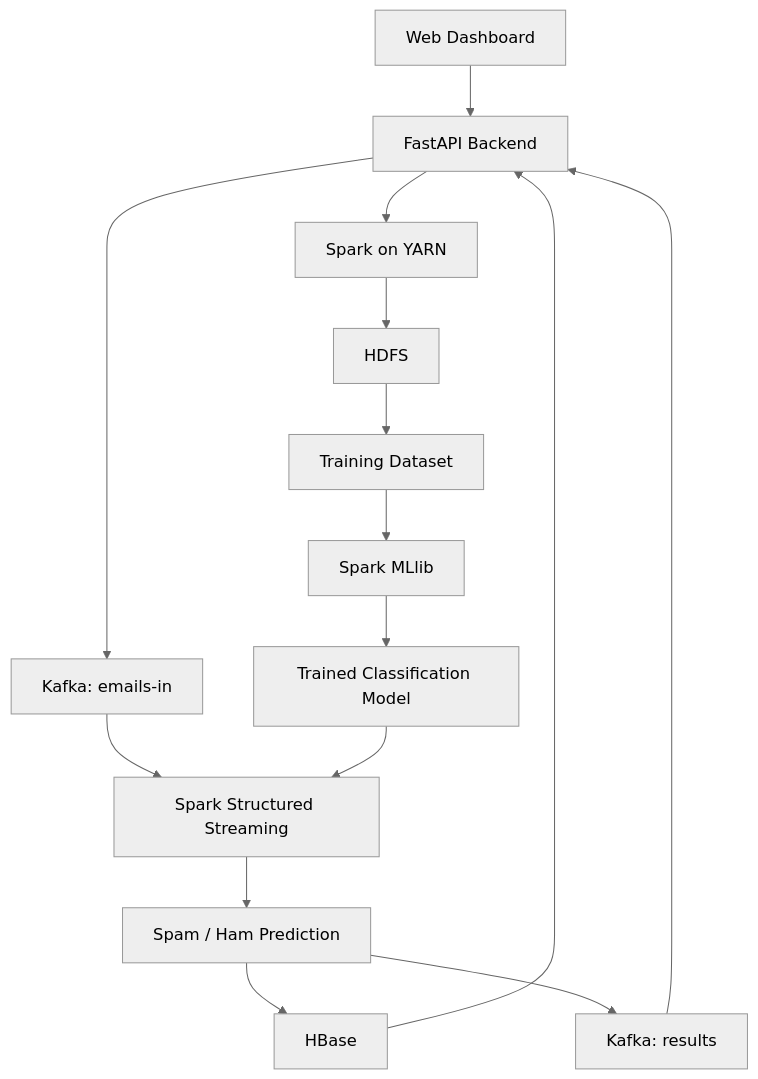
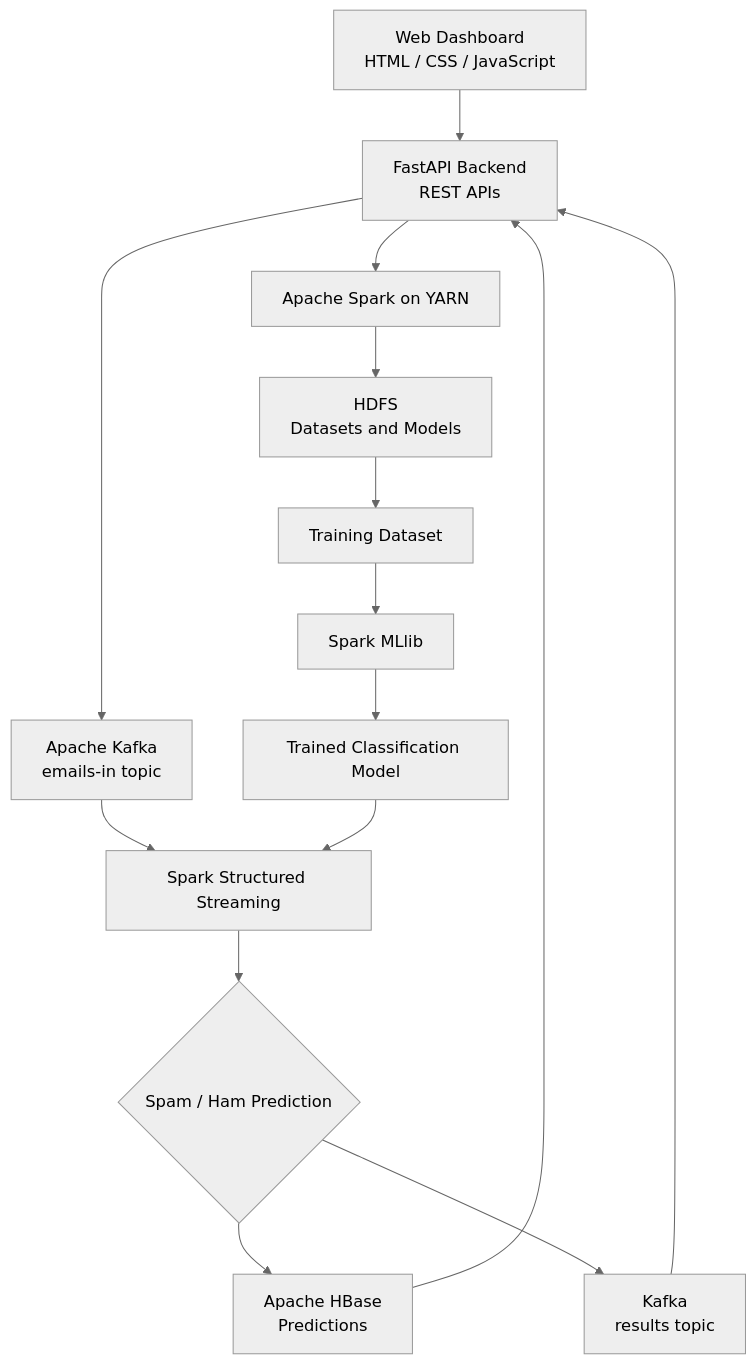
One commit to Tanishq1706P/Spam-Classifier changed the first of 3 diagrams in README.md. Above: the diagram before and after it, drawn with Mermaid (neutral theme). The commit also changed other lines of this file, not shown here.

````diff
--- a/README.md
+++ b/README.md
@@ -20,23 +373,23 @@
 ```mermaid
 flowchart TD
-    A[Web Dashboard] --> B[FastAPI Backend]
+    A["Web Dashboard<br/>HTML / CSS / JavaScript"] --> B["FastAPI Backend<br/>REST APIs"]
 
-    B --> C[Spark on YARN]
-    C --> D[HDFS]
+    B --> C["Apache Spark on YARN"]
+    C --> D["HDFS<br/>Datasets and Models"]
 
-    B --> E[Kafka: emails-in]
-    E --> F[Spark Structured Streaming]
+    B --> E["Apache Kafka<br/>emails-in topic"]
+    E --> F["Spark Structured Streaming"]
 
-    D --> G[Training Dataset]
-    G --> H[Spark MLlib]
-    H --> I[Trained Classification Model]
+    D --> G["Training Dataset"]
+    G --> H["Spark MLlib"]
+    H --> I["Trained Classification Model"]
 
     I --> F
-    F --> J[Spam / Ham Prediction]
+    F --> J{"Spam / Ham Prediction"}
 
-    J --> K[HBase]
-    J --> L[Kafka: results]
+    J --> K["Apache HBase<br/>Predictions"]
+    J --> L["Kafka<br/>results topic"]
 
     K --> B
     L --> B
 ```
````
